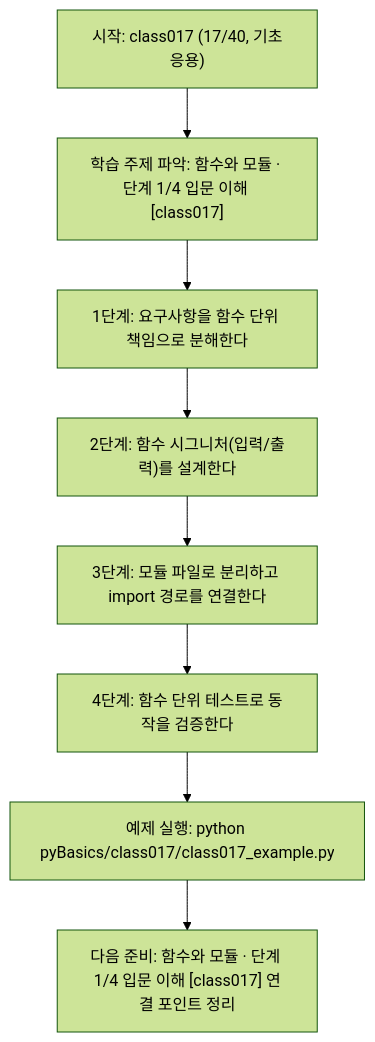
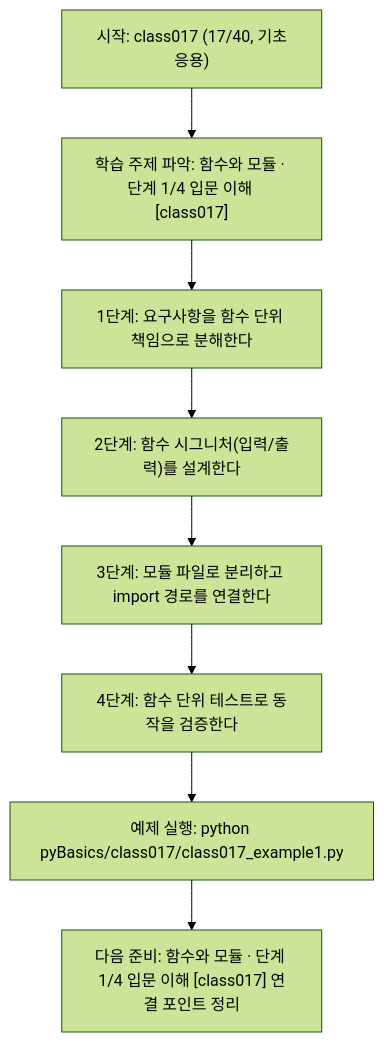
The diagram in pyBasics/class017/class017.md (edumgt/Python-AI_Agent-Class), drawn with Mermaid (forest theme) before and after one commit. The commit also changed other lines of this file and 2959 other files, not shown here.

````diff
--- a/pyBasics/class017/class017.md
+++ b/pyBasics/class017/class017.md
@@ -109,18 +109,18 @@
 ```mermaid
 flowchart TD
 N1["시작: class017 (17/40, 기초응용)"]
 N2["학습 주제 파악: 함수와 모듈 · 단계 1/4 입문 이해 [class017]"]
 N3["1단계: 요구사항을 함수 단위 책임으로 분해한다"]
 N4["2단계: 함수 시그니처(입력/출력)를 설계한다"]
 N5["3단계: 모듈 파일로 분리하고 import 경로를 연결한다"]
 N6["4단계: 함수 단위 테스트로 동작을 검증한다"]
-N7["예제 실행: python pyBasics/class017/class017_example.py"]
+N7["예제 실행: python pyBasics/class017/class017_example1.py"]
 N8["다음 준비: 함수와 모듈 · 단계 1/4 입문 이해 [class017] 연결 포인트 정리"]
 N1 --> N2
 N2 --> N3
 N3 --> N4
 N4 --> N5
 N5 --> N6
 N6 --> N7
 N7 --> N8
 ```
````
